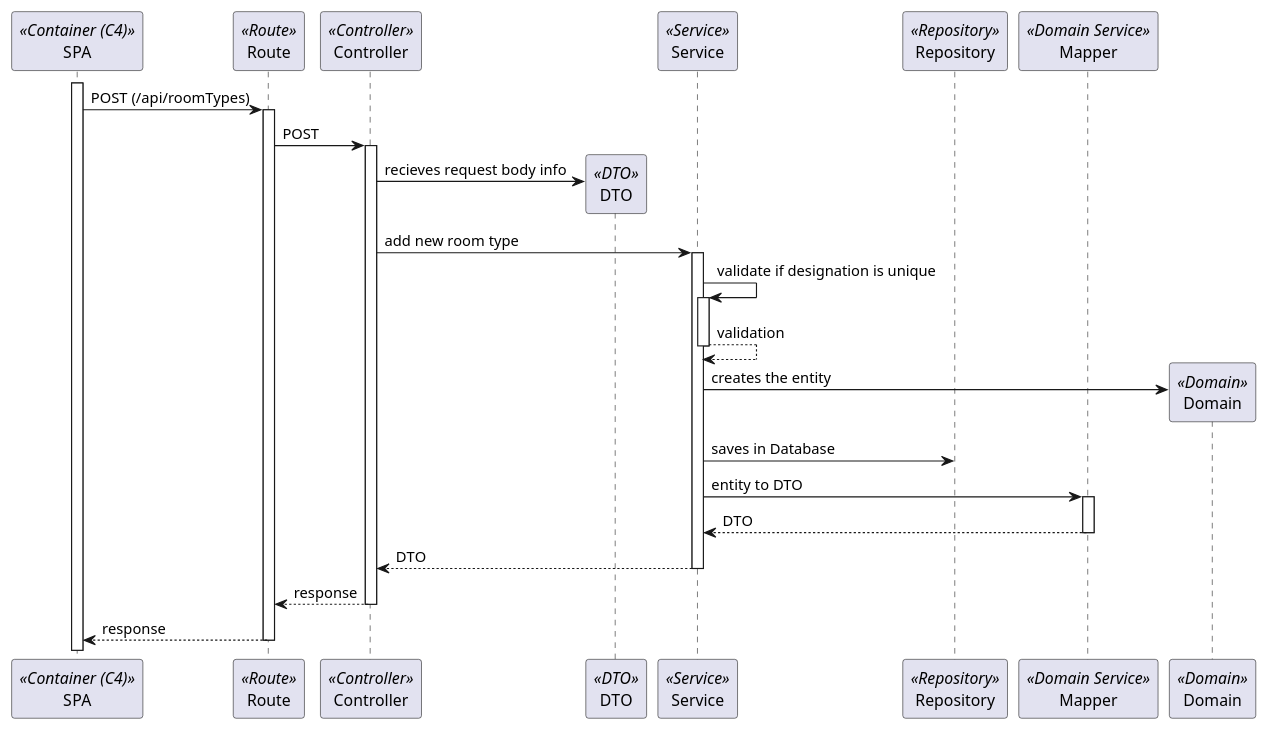
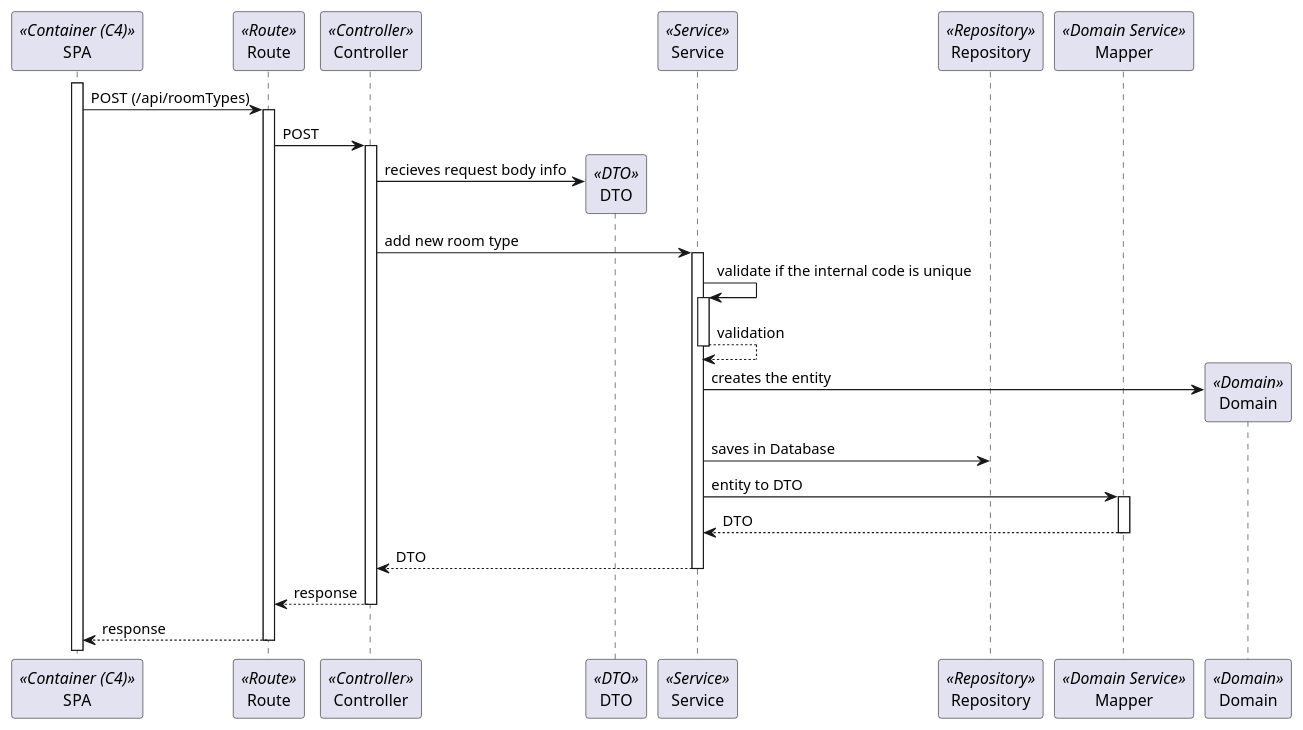
One commit to Rodrick0209/ISEP-SEM5PI-24-25 changed the diagram in docs/Sprint_3/Backoffice/US_7.2.10/L3/MastersData/Process_View.puml. Above: the diagram before and after it, drawn with PlantUML. The commit also changed 15 other files, not shown here.

```diff
--- a/docs/Sprint_3/Backoffice/US_7.2.10/L3/MastersData/Process_View.puml
+++ b/docs/Sprint_3/Backoffice/US_7.2.10/L3/MastersData/Process_View.puml
@@ -2,30 +2,30 @@
 @startuml Process_View
 participant SPA as SPA <<Container (C4)>>
 participant Route as Route <<Route>>
 participant Controller as Controller <<Controller>>
 participant DTO as DTO <<DTO>>
 participant Service as Service <<Service>>
 participant Repository as Repository <<Repository>>
 participant Mapper as Mapper <<Domain Service>>
 participant Domain as Domain <<Domain>>
 activate SPA
 SPA -> Route: POST (/api/roomTypes)
 activate Route
 Route -> Controller : POST
 activate Controller
 Controller -> DTO** : recieves request body info
 Controller -> Service : add new room type
 activate Service
-Service -> Service : validate if designation is unique
+Service -> Service : validate if the internal code is unique
 activate Service
 return validation
 Service -> Domain** : creates the entity
 Service -> Repository : saves in Database
 Service -> Mapper : entity to DTO
 activate Mapper
 return DTO
 return DTO
 return response
 return response
 
 @enduml
```
